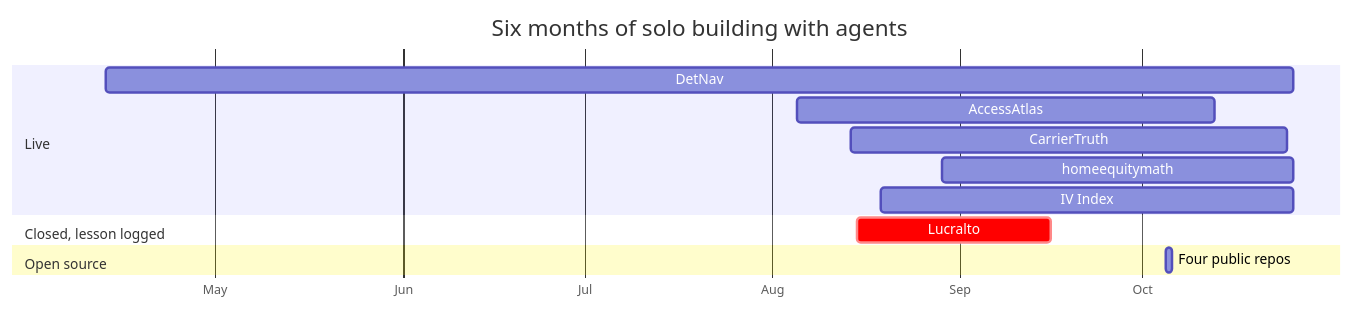
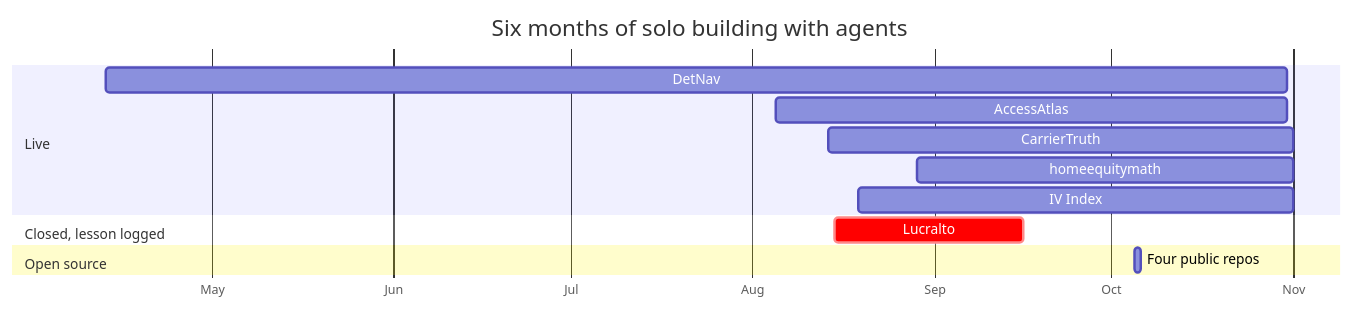
The second of 2 diagrams in README.md (kabluk/kabluk), drawn with Mermaid before and after one commit. The commit also changed other lines of this file and 6 other files, not shown here.

First line of the commit message:
Weekly profile refresh 2026-11-02: ~3,200 commits, ~7,400 tests; homeequitymath 474 calculators, 5,262 tests; IV Index 637 providers, 776 pages; AccessAtlas 575 agencies, 920 tests

````diff
--- a/README.md
+++ b/README.md
@@ -47,16 +47,16 @@
 ```mermaid
 gantt
   title Six months of solo building with agents
   dateFormat YYYY-MM-DD
   axisFormat %b
   section Live
-  DetNav            :2026-04-13, 2026-10-26
-  AccessAtlas       :2026-08-05, 2026-10-13
-  CarrierTruth      :2026-08-14, 2026-10-25
-  homeequitymath    :2026-08-29, 2026-10-26
-  IV Index          :2026-08-19, 2026-10-26
+  DetNav            :2026-04-13, 2026-10-31
+  AccessAtlas       :2026-08-05, 2026-10-31
+  CarrierTruth      :2026-08-14, 2026-11-01
+  homeequitymath    :2026-08-29, 2026-11-01
+  IV Index          :2026-08-19, 2026-11-01
   section Closed, lesson logged
   Lucralto          :crit, 2026-08-15, 2026-09-16
   section Open source
   Four public repos :2026-10-05, 2026-10-06
 ```
````
